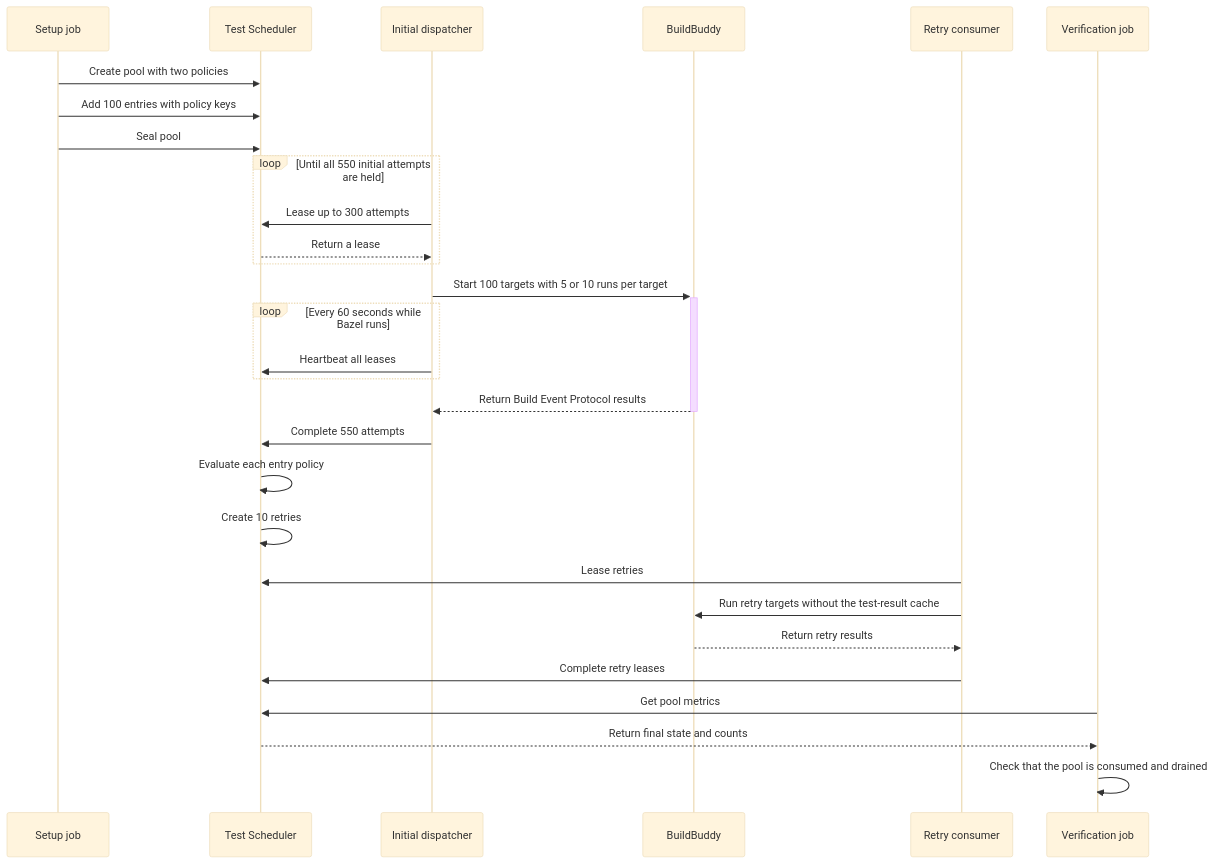
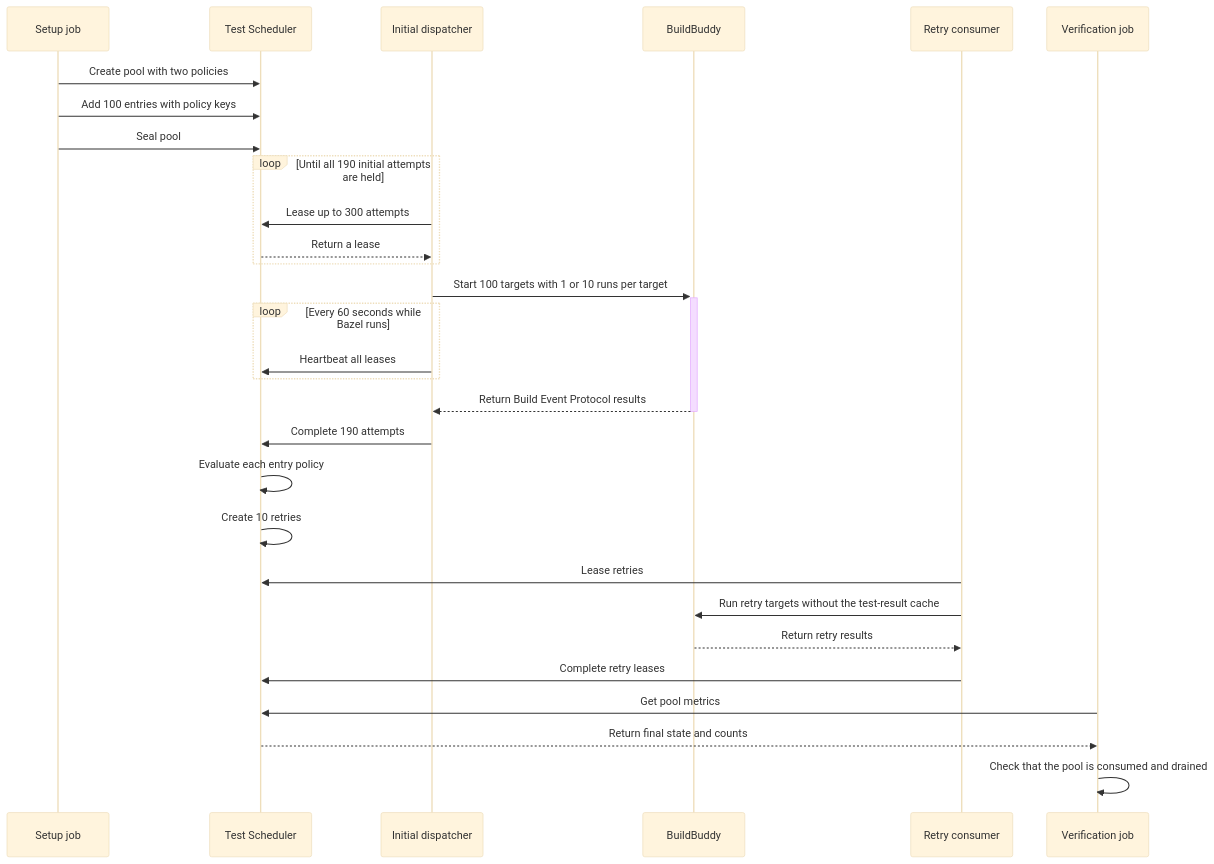
The second of 2 diagrams in README.md (catkins/test-scheduler-bazel-demo), drawn with Mermaid (base theme) before and after one commit. The commit also changed other lines of this file and 4 other files, not shown here.

````diff
--- a/README.md
+++ b/README.md
@@ -156,36 +154,36 @@
 ```mermaid
 sequenceDiagram
     participant S as Setup job
     participant TS as Test Scheduler
     participant D as Initial dispatcher
     participant BB as BuildBuddy
     participant R as Retry consumer
     participant V as Verification job
 
     S->>TS: Create pool with two policies
     S->>TS: Add 100 entries with policy keys
     S->>TS: Seal pool
 
-    loop Until all 550 initial attempts are held
+    loop Until all 190 initial attempts are held
         D->>TS: Lease up to 300 attempts
         TS-->>D: Return a lease
     end
-    D->>+BB: Start 100 targets with 5 or 10 runs per target
+    D->>+BB: Start 100 targets with 1 or 10 runs per target
     loop Every 60 seconds while Bazel runs
         D->>TS: Heartbeat all leases
     end
     BB-->>-D: Return Build Event Protocol results
-    D->>TS: Complete 550 attempts
+    D->>TS: Complete 190 attempts
 
     TS->>TS: Evaluate each entry policy
     TS->>TS: Create 10 retries
 
     R->>TS: Lease retries
     R->>BB: Run retry targets without the test-result cache
     BB-->>R: Return retry results
     R->>TS: Complete retry leases
 
     V->>TS: Get pool metrics
     TS-->>V: Return final state and counts
     V->>V: Check that the pool is consumed and drained
 ```
````
